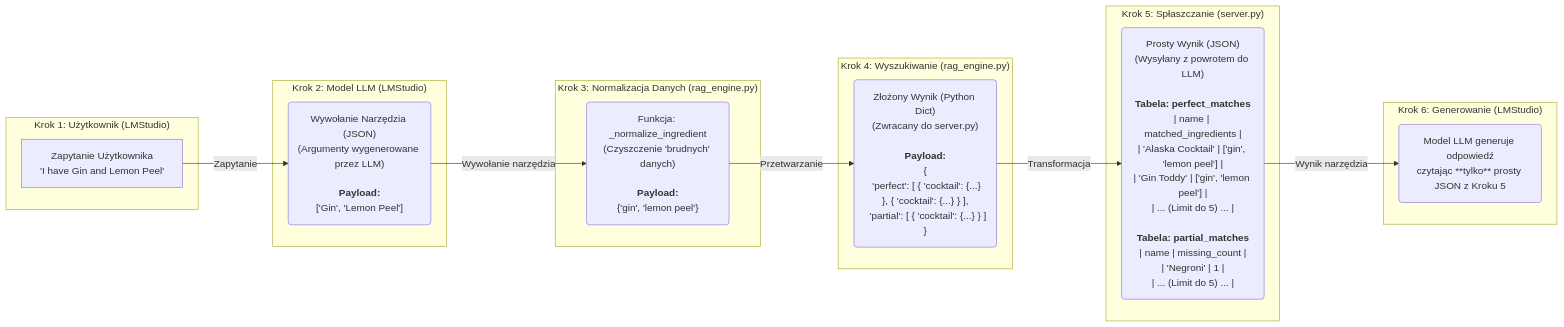
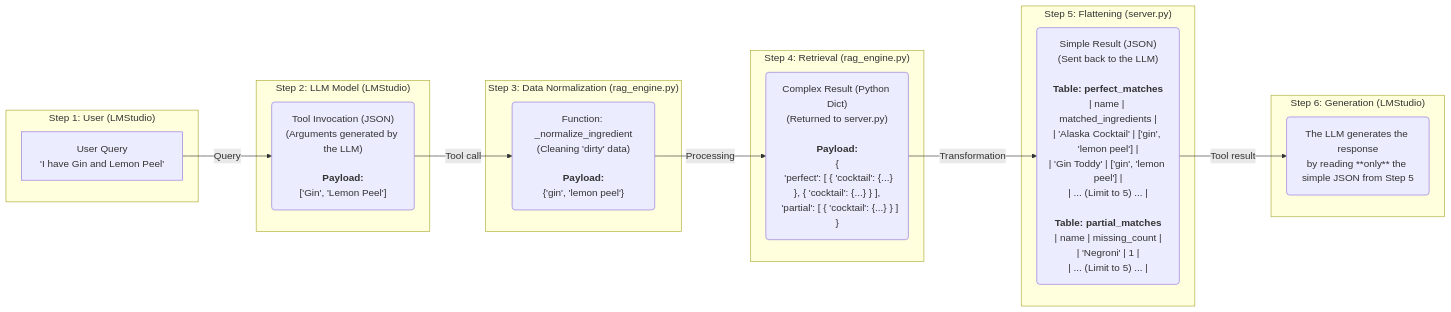
One commit to xVarmondx/fastmcp-cocktail-rag changed the second of 2 diagrams in README.md. Above: the diagram before and after it, drawn with Mermaid. The commit also changed other lines of this file, not shown here.

````diff
--- a/README.md
+++ b/README.md
@@ -95,32 +97,33 @@
 ```mermaid
 graph LR
-    subgraph "Krok 1: Użytkownik (LMStudio)"
-        A[Zapytanie Użytkownika<br/>'I have Gin and Lemon Peel']
+    subgraph "Step 1: User (LMStudio)"
+        A[User Query<br/>'I have Gin and Lemon Peel']
     end
 
-    subgraph "Krok 2: Model LLM (LMStudio)"
-        B("Wywołanie Narzędzia (JSON)<br/>(Argumenty wygenerowane przez LLM)<br/><br/><strong>Payload:</strong><br/>['Gin', 'Lemon Peel']")
+    subgraph "Step 2: LLM Model (LMStudio)"
+        B("Tool Invocation (JSON)<br/>(Arguments generated by the LLM)<br/><br/><strong>Payload:</strong><br/>['Gin', 'Lemon Peel']")
     end
 
-    subgraph "Krok 3: Normalizacja Danych (rag_engine.py)"
-        C("Funkcja: _normalize_ingredient<br/>(Czyszczenie 'brudnych' danych)<br/><br/><strong>Payload:</strong><br/>{'gin', 'lemon peel'}")
+    subgraph "Step 3: Data Normalization (rag_engine.py)"
+        C("Function: _normalize_ingredient<br/>(Cleaning 'dirty' data)<br/><br/><strong>Payload:</strong><br/>{'gin', 'lemon peel'}")
     end
 
-    subgraph "Krok 4: Wyszukiwanie (rag_engine.py)"
-        D("Złożony Wynik (Python Dict)<br/>(Zwracany do server.py)<br/><br/><strong>Payload:</strong><br/>{<br/>&nbsp;&nbsp;'perfect': [ { 'cocktail': {...} }, { 'cocktail': {...} } ],<br/>&nbsp;&nbsp;'partial': [ { 'cocktail': {...} } ]<br/>}")
+    subgraph "Step 4: Retrieval (rag_engine.py)"
+        D("Complex Result (Python Dict)<br/>(Returned to server.py)<br/><br/><strong>Payload:</strong><br/>{<br/>&nbsp;&nbsp;'perfect': [ { 'cocktail': {...} }, { 'cocktail': {...} } ],<br/>&nbsp;&nbsp;'partial': [ { 'cocktail': {...} } ]<br/>}")
     end
 
-    subgraph "Krok 5: Spłaszczanie (server.py)"
-        E("Prosty Wynik (JSON)<br/>(Wysyłany z powrotem do LLM)<br/><br/><strong>Tabela: perfect_matches</strong><br/>| name | matched_ingredients |<br/>| 'Alaska Cocktail' | ['gin', 'lemon peel'] |<br/>| 'Gin Toddy' | ['gin', 'lemon peel'] |<br/>| ... (Limit do 5) ... |<br/><br/><strong>Tabela: partial_matches</strong><br/>| name | missing_count |<br/>| 'Negroni' | 1 |<br/>| ... (Limit do 5) ... |")
+    subgraph "Step 5: Flattening (server.py)"
+        E("Simple Result (JSON)<br/>(Sent back to the LLM)<br/><br/><strong>Table: perfect_matches</strong><br/>| name | matched_ingredients |<br/>| 'Alaska Cocktail' | ['gin', 'lemon peel'] |<br/>| 'Gin Toddy' | ['gin', 'lemon peel'] |<br/>| ... (Limit to 5) ... |<br/><br/><strong>Table: partial_matches</strong><br/>| name | missing_count |<br/>| 'Negroni' | 1 |<br/>| ... (Limit to 5) ... |")
     end
 
-    subgraph "Krok 6: Generowanie (LMStudio)"
-        F(Model LLM generuje odpowiedź<br/>czytając **tylko** prosty JSON z Kroku 5)
+    subgraph "Step 6: Generation (LMStudio)"
+        F(The LLM generates the response<br/>by reading **only** the simple JSON from Step 5)
     end
 
-    A -- Zapytanie --> B;
-    B -- Wywołanie narzędzia --> C;
-    C -- Przetwarzanie --> D;
-    D -- Transformacja --> E;
-    E -- Wynik narzędzia --> F;
+    A -- Query --> B;
+    B -- Tool call --> C;
+    C -- Processing --> D;
+    D -- Transformation --> E;
+    E -- Tool result --> F;
+
 ```
````
